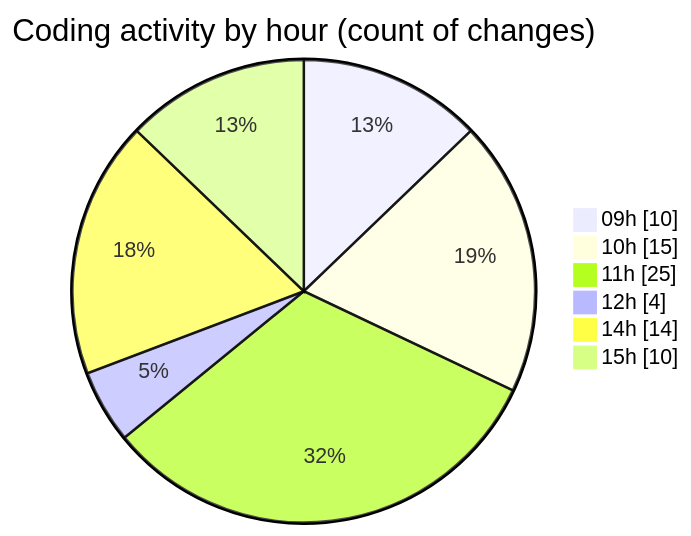
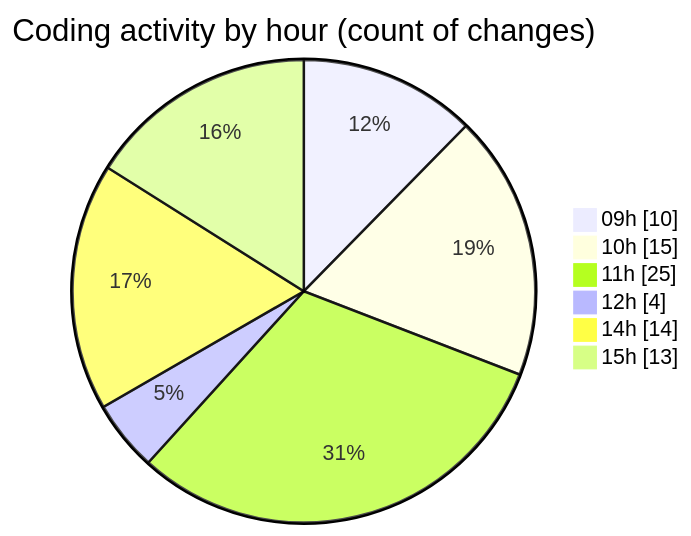
One commit to MatusMokan/code-tracking changed the second of 2 diagrams in 2025-03-21/myws__workspace_/README.md. Above: the diagram before and after it, drawn with Mermaid. The commit also changed other lines of this file and 1 other file, not shown here.

````diff
--- a/2025-03-21/myws__workspace_/README.md
+++ b/2025-03-21/myws__workspace_/README.md
@@ -35,10 +35,10 @@
 ```mermaid
 pie showData
 title Coding activity by hour (count of changes)
 "09h" : 10
 "10h" : 15
 "11h" : 25
 "12h" : 4
 "14h" : 14
-"15h" : 10
+"15h" : 13
 ```
````
